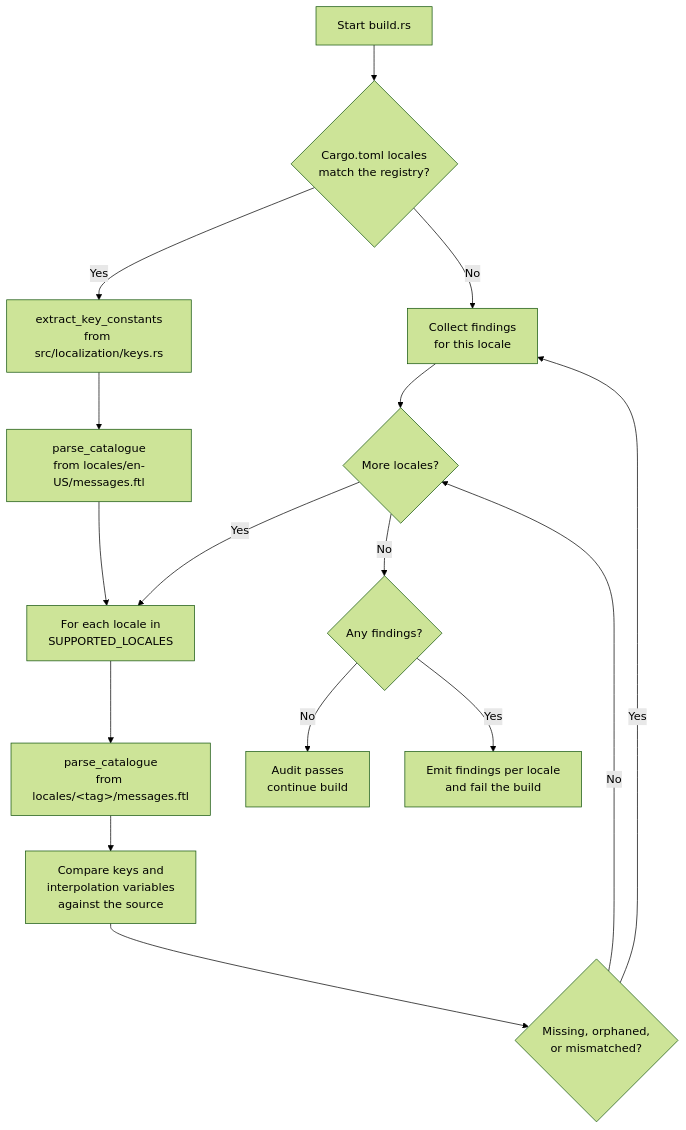
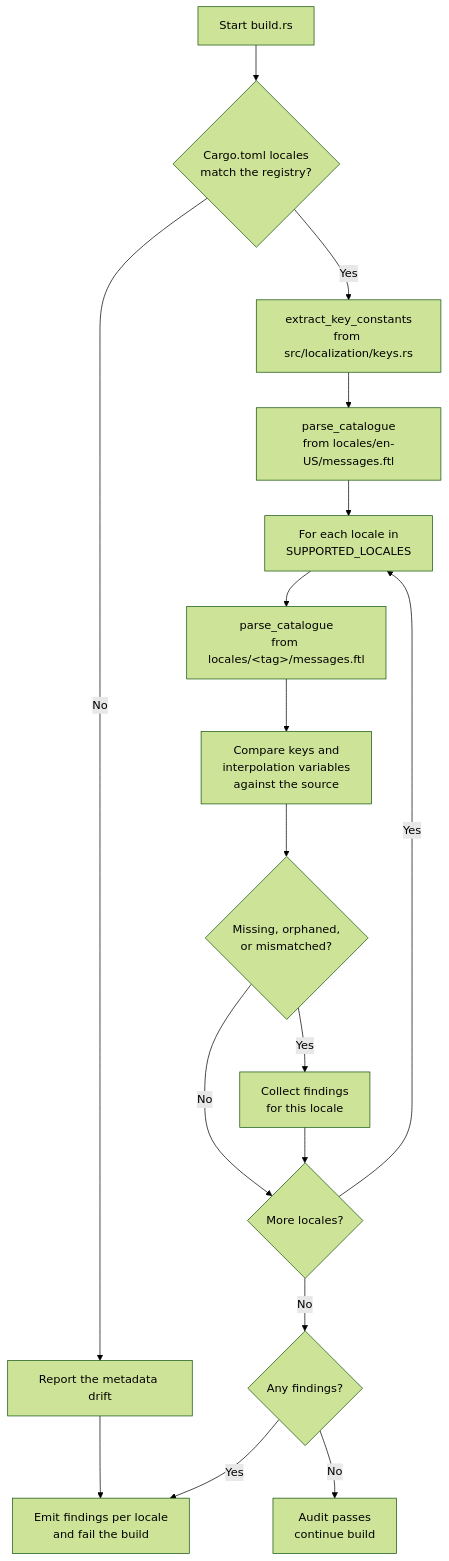
The tenth of 13 diagrams in docs/netsuke-design.md (leynos/netsuke), drawn with Mermaid (forest theme) before and after one commit. The commit also changed other lines of this file and 9 other files, not shown here.

````diff
--- a/docs/netsuke-design.md
+++ b/docs/netsuke-design.md
@@ -2557,22 +2559,23 @@
 ```mermaid
 flowchart TD
     A_Start["Start build.rs"] --> B_Metadata
-    B_Metadata{"Cargo.toml locales<br/>match the registry?"} -->|No| H_Error
+    B_Metadata{"Cargo.toml locales<br/>match the registry?"} -->|No| N_Drift
+    N_Drift["Report the metadata drift"] --> M_Fail
     B_Metadata -->|Yes| C_ReadKeys
     C_ReadKeys["extract_key_constants<br/>from src/localization/keys.rs"] --> D_ReadSource
     D_ReadSource["parse_catalogue<br/>from locales/en-US/messages.ftl"] --> E_Loop
 
     E_Loop["For each locale in<br/>SUPPORTED_LOCALES"] --> F_Parse
     F_Parse["parse_catalogue<br/>from locales/&lt;tag&gt;/messages.ftl"] --> G_Compare
     G_Compare["Compare keys and<br/>interpolation variables<br/>against the source"] --> I_Check
 
     I_Check{"Missing, orphaned,<br/>or mismatched?"} -->|No| J_Next
     I_Check -->|Yes| H_Error["Collect findings<br/>for this locale"]
+    H_Error --> J_Next
 
     J_Next{"More locales?"} -->|Yes| E_Loop
     J_Next -->|No| K_Verdict
-    H_Error --> J_Next
 
     K_Verdict{"Any findings?"} -->|No| L_Success["Audit passes<br/>continue build"]
     K_Verdict -->|Yes| M_Fail["Emit findings per locale<br/>and fail the build"]
 ```
````
